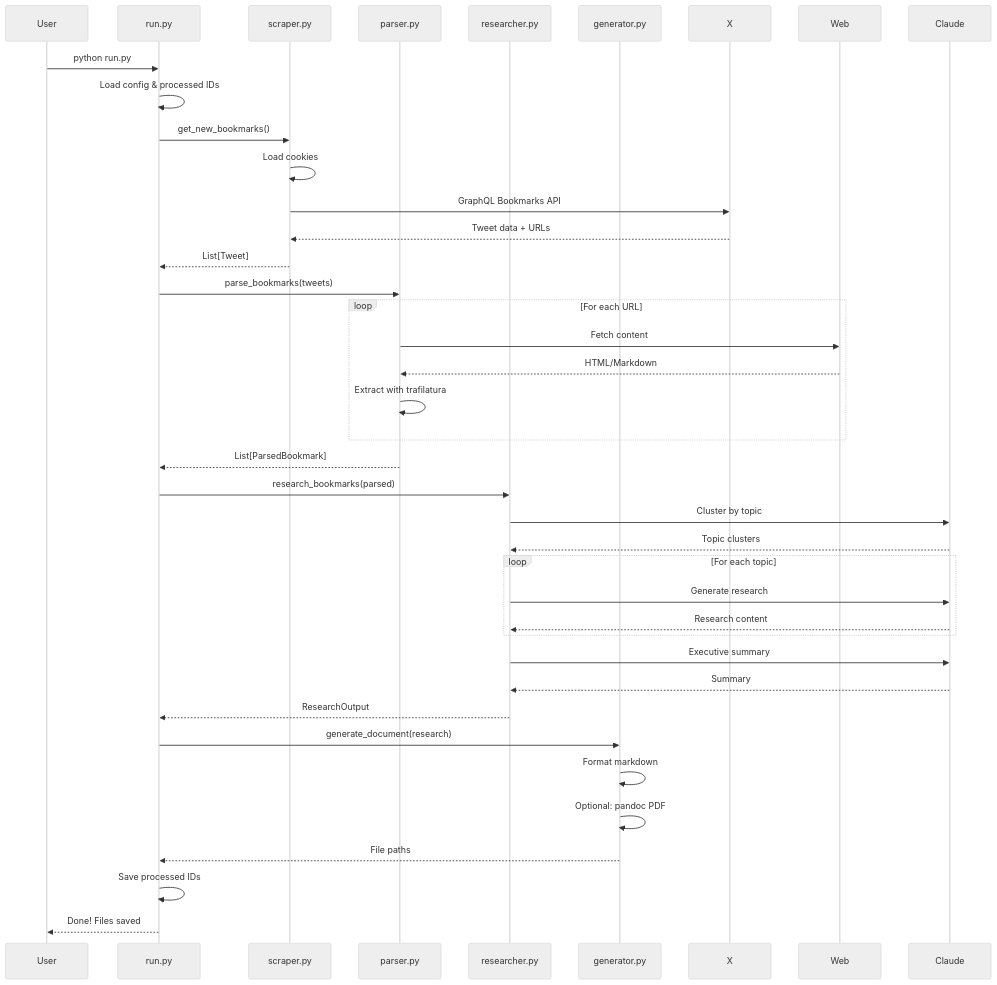
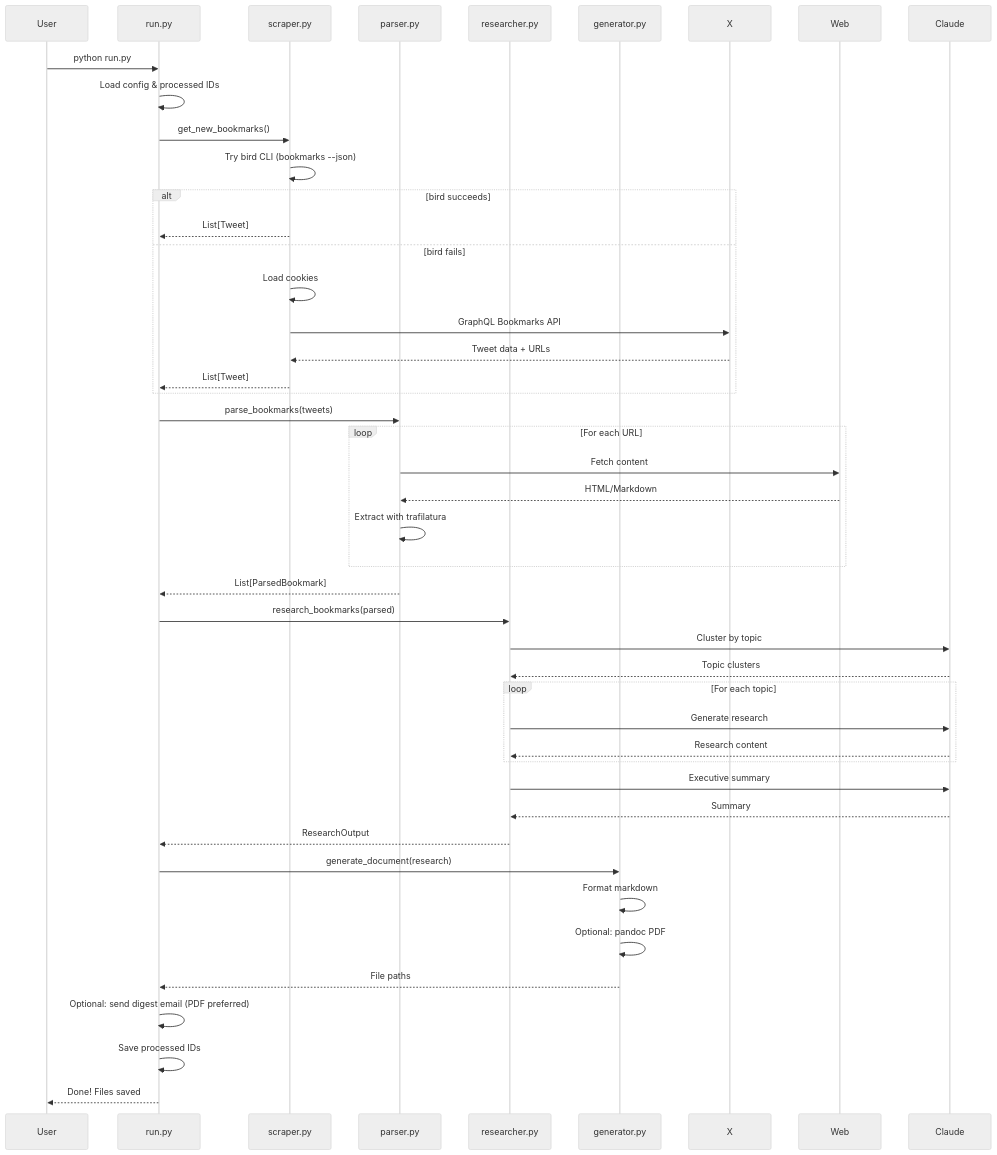
One commit to ruari8/bookmark-digest changed the second of 2 diagrams in README.md. Above: the diagram before and after it, drawn with Mermaid (neutral theme). The commit also changed other lines of this file and 9 other files, not shown here.

First line of the commit message:
WIP: add bird scraper + email delivery + claude_cli support

````diff
--- a/README.md
+++ b/README.md
@@ -94,45 +97,51 @@
 ```mermaid
 sequenceDiagram
     participant User
     participant Run as run.py
     participant Scraper as scraper.py
     participant Parser as parser.py
     participant AI as researcher.py
     participant Gen as generator.py
 
     User->>Run: python run.py
     Run->>Run: Load config & processed IDs
 
     Run->>Scraper: get_new_bookmarks()
-    Scraper->>Scraper: Load cookies
-    Scraper->>X: GraphQL Bookmarks API
-    X-->>Scraper: Tweet data + URLs
-    Scraper-->>Run: List[Tweet]
+    Scraper->>Scraper: Try bird CLI (bookmarks --json)
+    alt bird succeeds
+        Scraper-->>Run: List[Tweet]
+    else bird fails
+        Scraper->>Scraper: Load cookies
+        Scraper->>X: GraphQL Bookmarks API
+        X-->>Scraper: Tweet data + URLs
+        Scraper-->>Run: List[Tweet]
+    end
 
     Run->>Parser: parse_bookmarks(tweets)
     loop For each URL
         Parser->>Web: Fetch content
         Web-->>Parser: HTML/Markdown
         Parser->>Parser: Extract with trafilatura
     end
     Parser-->>Run: List[ParsedBookmark]
 
     Run->>AI: research_bookmarks(parsed)
     AI->>Claude: Cluster by topic
     Claude-->>AI: Topic clusters
     loop For each topic
         AI->>Claude: Generate research
         Claude-->>AI: Research content
     end
     AI->>Claude: Executive summary
     Claude-->>AI: Summary
     AI-->>Run: ResearchOutput
 
     Run->>Gen: generate_document(research)
     Gen->>Gen: Format markdown
     Gen->>Gen: Optional: pandoc PDF
     Gen-->>Run: File paths
 
+    Run->>Run: Optional: send digest email (PDF preferred)
     Run->>Run: Save processed IDs
     Run-->>User: Done! Files saved
 ```
````
